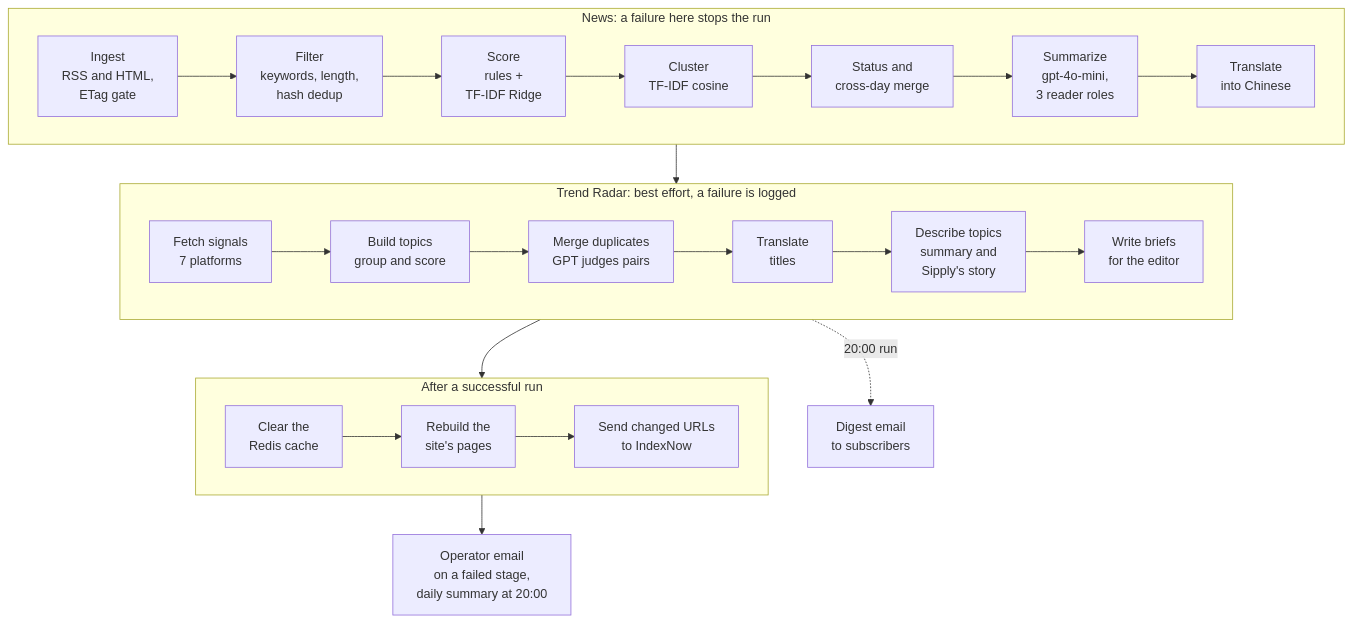
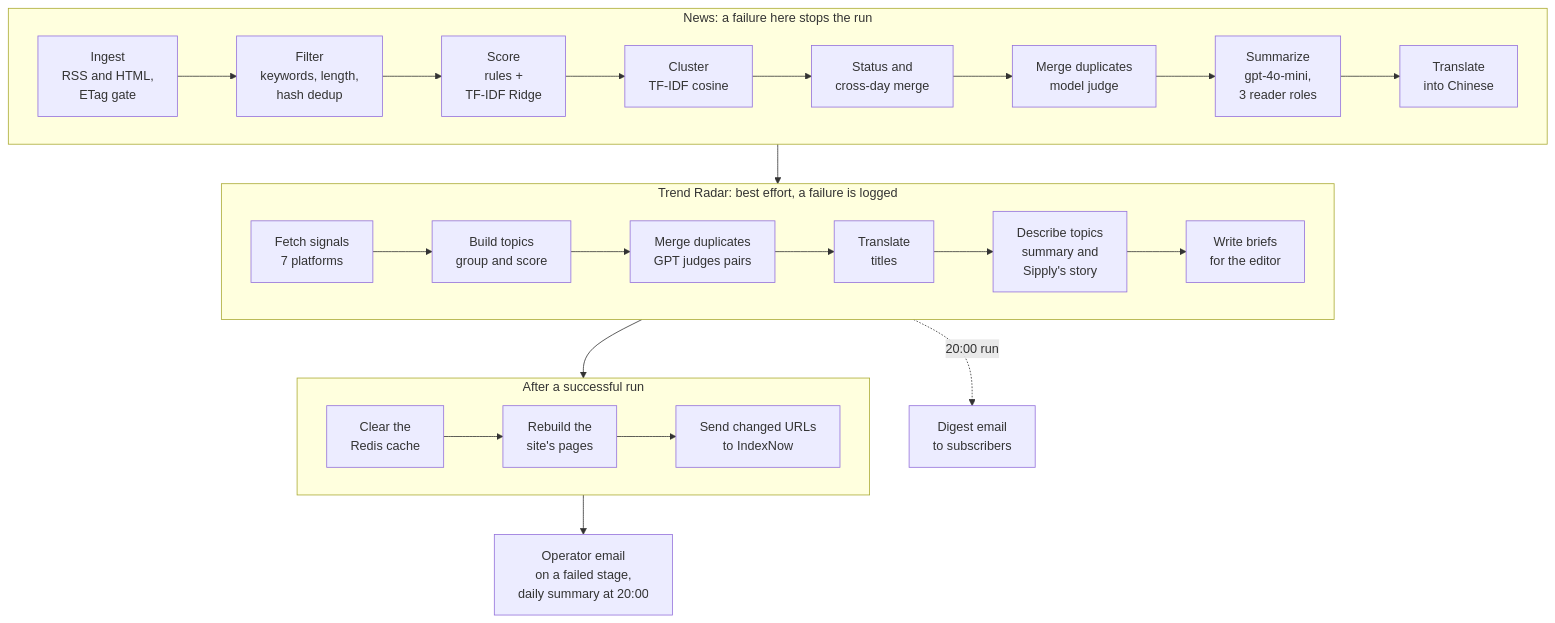
Before and after one commit to fanyang-888/Sipply-Artificial-Intelligence-news-aggregator: the second of 3 diagrams in README.md, drawn with Mermaid. The commit also changed other lines of this file and 14 other files, not shown here.

````diff
--- a/README.md
+++ b/README.md
@@ -111,21 +111,21 @@
 ```mermaid
 flowchart TB
     subgraph N["News: a failure here stops the run"]
         direction LR
-        A1["Ingest<br/>RSS and HTML,<br/>ETag gate"] --> A2["Filter<br/>keywords, length,<br/>hash dedup"] --> A3["Score<br/>rules +<br/>TF-IDF Ridge"] --> A4["Cluster<br/>TF-IDF cosine"] --> A5["Status and<br/>cross-day merge"] --> A6["Summarize<br/>gpt-4o-mini,<br/>3 reader roles"] --> A7["Translate<br/>into Chinese"]
+        A1["Ingest<br/>RSS and HTML,<br/>ETag gate"] --> A2["Filter<br/>keywords, length,<br/>hash dedup"] --> A3["Score<br/>rules +<br/>TF-IDF Ridge"] --> A4["Cluster<br/>TF-IDF cosine"] --> A5["Status and<br/>cross-day merge"] --> A5b["Merge duplicates<br/>model judge"] --> A6["Summarize<br/>gpt-4o-mini,<br/>3 reader roles"] --> A7["Translate<br/>into Chinese"]
     end
 
     subgraph R["Trend Radar: best effort, a failure is logged"]
         direction LR
         B1["Fetch signals<br/>7 platforms"] --> B2["Build topics<br/>group and score"] --> B3["Merge duplicates<br/>GPT judges pairs"] --> B4["Translate<br/>titles"] --> B5["Describe topics<br/>summary and<br/>Sipply's story"] --> B6["Write briefs<br/>for the editor"]
     end
 
     subgraph D["After a successful run"]
         direction LR
         C1["Clear the<br/>Redis cache"] --> C2["Rebuild the<br/>site's pages"] --> C3["Send changed URLs<br/>to IndexNow"]
     end
 
     N --> R --> D
     R -. "20:00 run" .-> MAIL["Digest email<br/>to subscribers"]
     D --> OPS["Operator email<br/>on a failed stage,<br/>daily summary at 20:00"]
 ```
````
